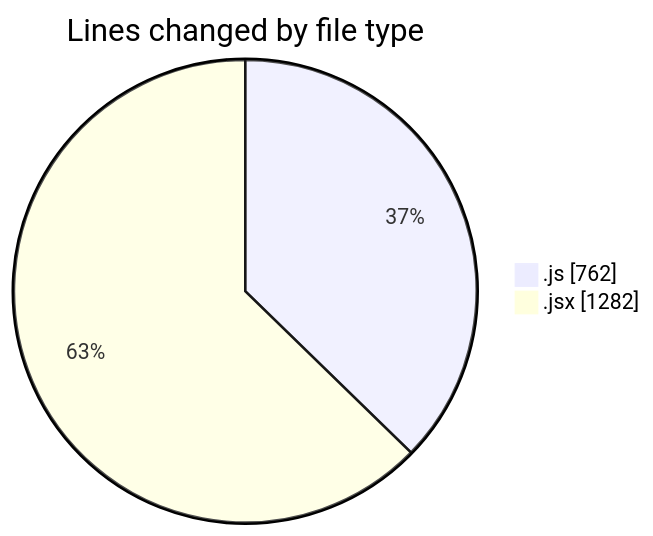
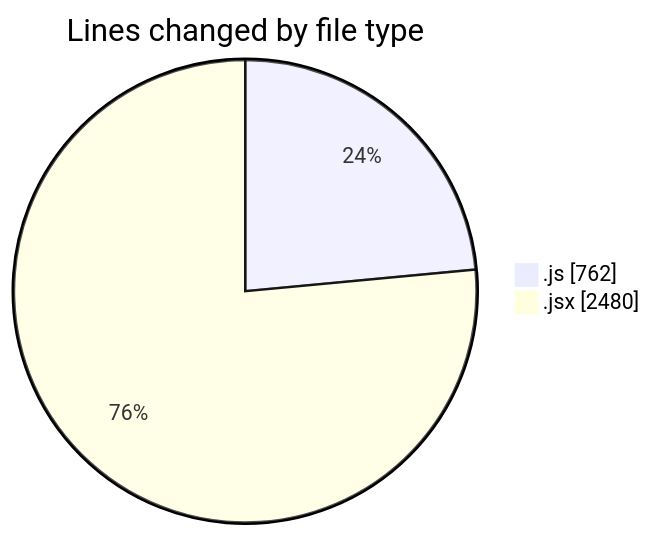
One commit to nxtqubesakshisongat/code-tracking changed the first of 2 diagrams in 2025-10-26/nxtqube_webapp/README.md. Above: the diagram before and after it, drawn with Mermaid. The commit also changed other lines of this file and 1 other file, not shown here.

````diff
--- a/2025-10-26/nxtqube_webapp/README.md
+++ b/2025-10-26/nxtqube_webapp/README.md
@@ -22,6 +23,6 @@
 ```mermaid
 pie showData
 title Lines changed by file type
 ".js" : 762
-".jsx" : 1282
+".jsx" : 2480
 ```
````
